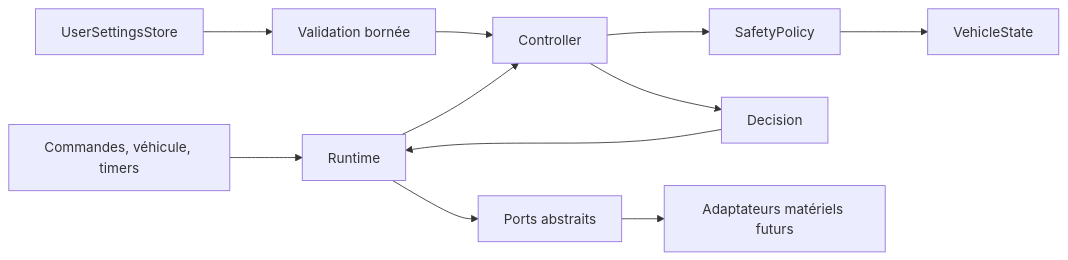
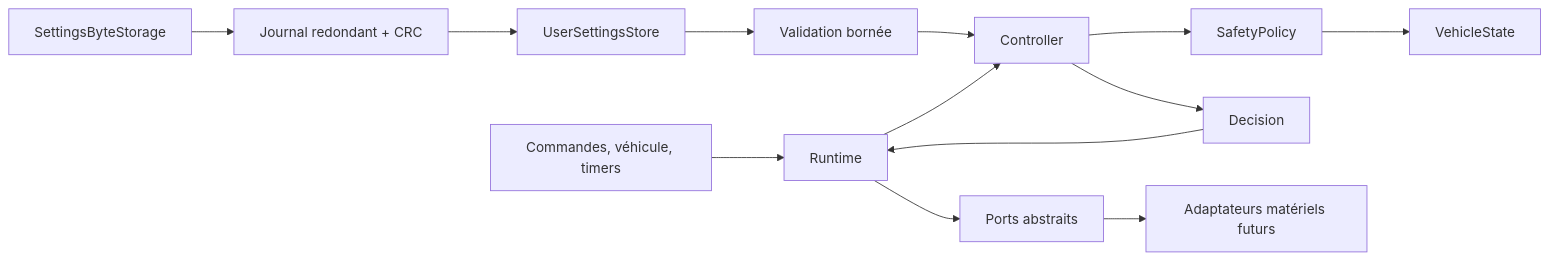
Before and after one commit to Synaro/BMW-E9x-Remote-Control: the first of 3 diagrams in docs/architecture.md, drawn with Mermaid. The commit also changed other lines of this file and 15 other files, not shown here.

````diff
--- a/docs/architecture.md
+++ b/docs/architecture.md
@@ -14,13 +14,15 @@
 ```mermaid
 flowchart LR
     Sources["Commandes, véhicule, timers"] --> Runtime["Runtime"]
-    Settings["UserSettingsStore"] --> Validation["Validation bornée"]
+    Bytes["SettingsByteStorage"] --> Journal["Journal redondant + CRC"]
+    Journal --> Settings["UserSettingsStore"]
+    Settings --> Validation["Validation bornée"]
     Validation --> Controller
     Runtime --> Controller["Controller"]
     Controller --> Policy["SafetyPolicy"]
     Policy --> Model["VehicleState"]
     Controller --> Decision["Decision"]
     Decision --> Runtime
     Runtime --> Ports["Ports abstraits"]
     Ports --> Adapters["Adaptateurs matériels futurs"]
 ```
````
